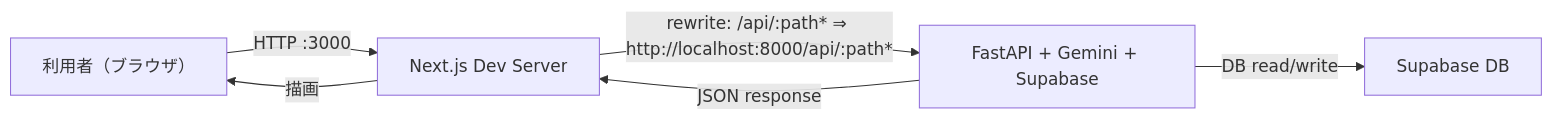
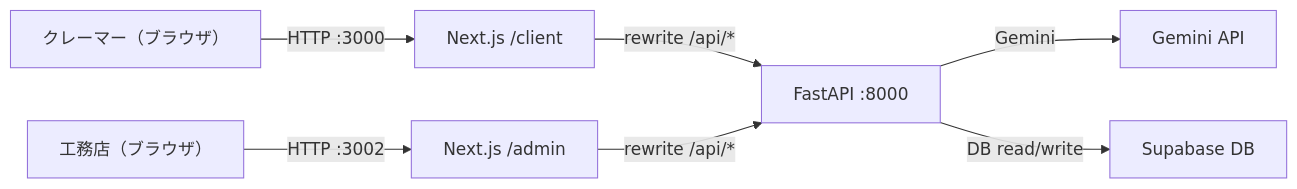
Before and after one commit to Uzy03/Hackathon_2026-3-7: the first of 5 diagrams in _docs/実装状況.md, drawn with Mermaid. The commit also changed other lines of this file and 24 other files, not shown here.

````diff
--- a/_docs/実装状況.md
+++ b/_docs/実装状況.md
@@ -7,8 +7,9 @@
 ```mermaid
 flowchart LR
-  U["利用者（ブラウザ）"] -->|HTTP :3000| FE["Next.js Dev Server"]
-  FE -->|rewrite: /api/:path* ⇒ http://localhost:8000/api/:path*| BE["FastAPI + Gemini + Supabase"]
-  BE -->|JSON response| FE
+  CU["クレーマー（ブラウザ）"] -->|HTTP :3000| FE1["Next.js /client"]
+  AU["工務店（ブラウザ）"] -->|HTTP :3002| FE2["Next.js /admin"]
+  FE1 -->|rewrite /api/*| BE["FastAPI :8000"]
+  FE2 -->|rewrite /api/*| BE
+  BE -->|Gemini| GM["Gemini API"]
   BE -->|DB read/write| DB["Supabase DB"]
-  FE -->|描画| U
 ```
````
